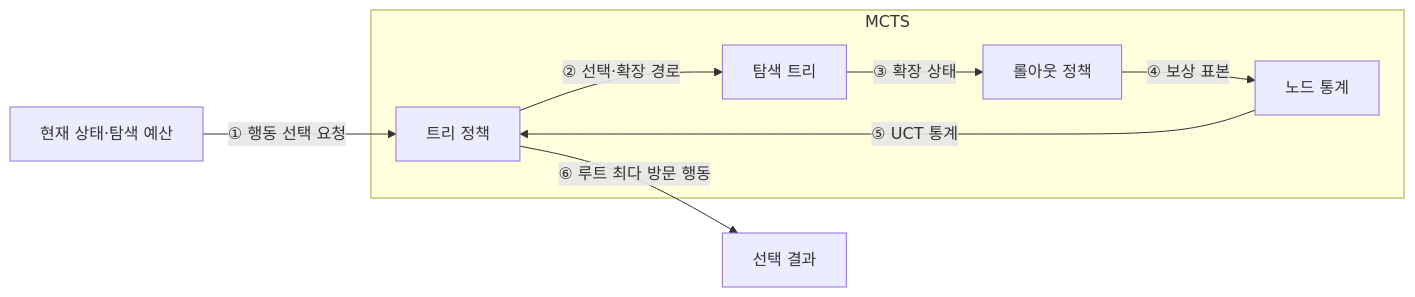
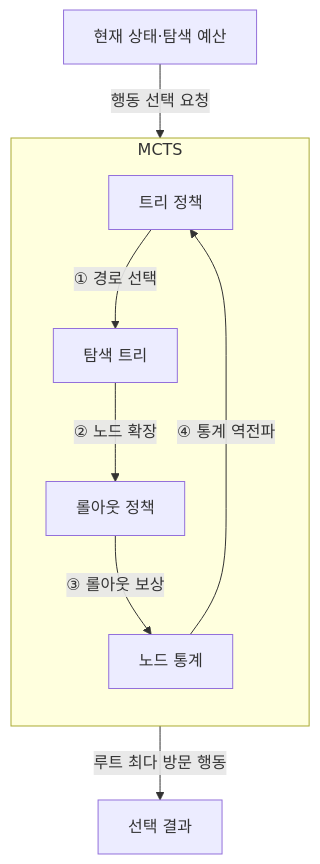
One commit to agnusdei1207/knowledge-base changed the second of 3 diagrams in src/content/docs/notes/01-basic-theory/018_mcts.md. Above: the diagram before and after it, drawn with Mermaid. The commit also changed other lines of this file and 18 other files, not shown here.

Commit message:
docs: revise basic theory notes 001-020 diagrams

````diff
--- a/src/content/docs/notes/01-basic-theory/018_mcts.md
+++ b/src/content/docs/notes/01-basic-theory/018_mcts.md
@@ -65,11 +79,12 @@
 ```mermaid
-flowchart LR
-    Q[현재 상태·탐색 예산] -->|① 행동 선택 요청| T
+flowchart TB
+    Q[현재 상태·탐색 예산] -->|행동 선택 요청| T
     subgraph M[MCTS]
-        T[트리 정책] -->|② 선택·확장 경로| R[탐색 트리]
-        R -->|③ 확장 상태| P[롤아웃 정책]
-        P -->|④ 보상 표본| S[노드 통계]
-        S -->|⑤ UCT 통계| T
+        direction TB
+        T[트리 정책] -->|① 경로 선택| R[탐색 트리]
+        R -->|② 노드 확장| P[롤아웃 정책]
+        P -->|③ 롤아웃 보상| S[노드 통계]
+        S -->|④ 통계 역전파| T
     end
-    T -->|⑥ 루트 최다 방문 행동| O[선택 결과]
+    T -->|루트 최다 방문 행동| O[선택 결과]
 ```
````
